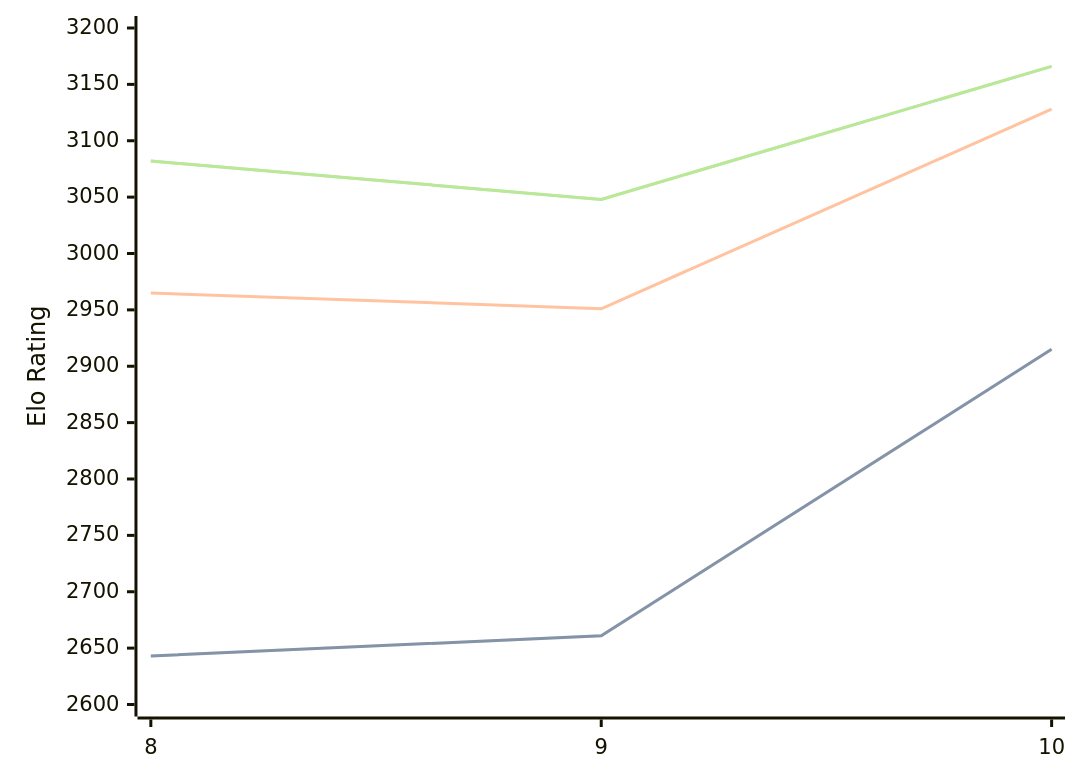
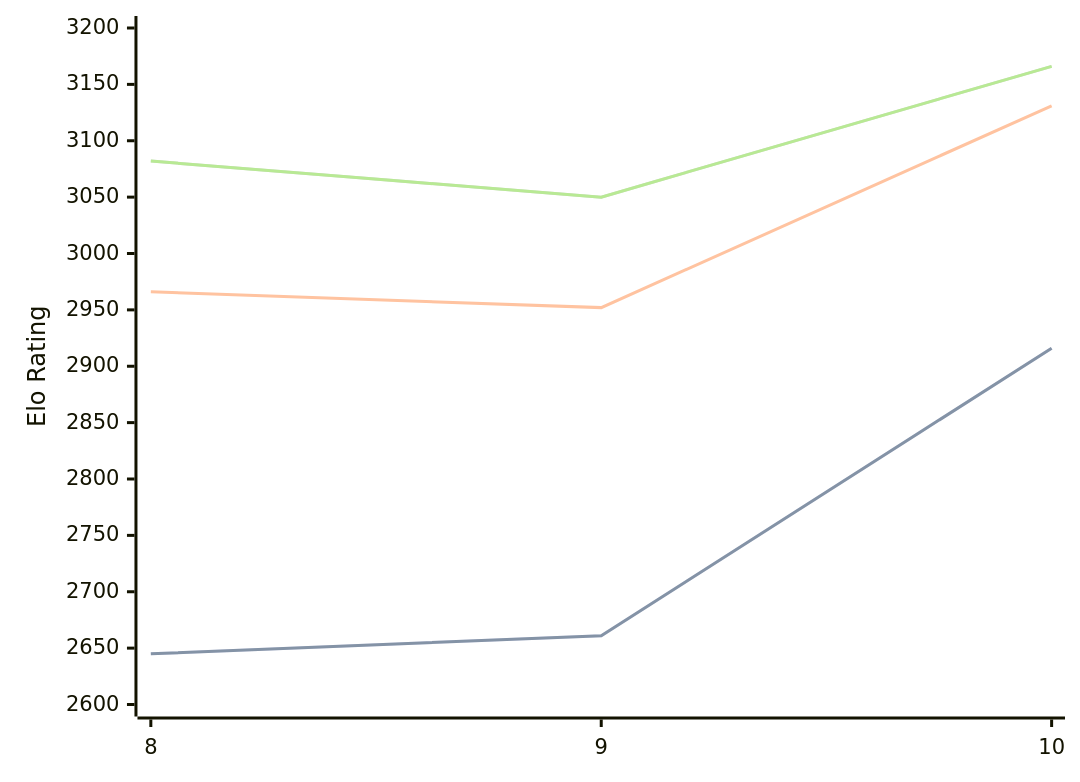
Before and after one commit to computer-chess-index/cci: the diagram in engines/Lozza.md, drawn with Mermaid. The commit also changed other lines of this file, not shown here.

Commit message:
Update CCI Ratings (ELO VLTC) - 2026-05-14

````diff
--- a/engines/Lozza.md
+++ b/engines/Lozza.md
@@ -41,11 +41,11 @@
 ```mermaid
 %%{init: {"theme":"base","themeVariables":{"seriesColors:['#a3a3a3','#222221','#faa371']}}}%%
 xychart-beta
   x-axis ["8", "9", "10"]
   y-axis "Elo Rating" 2600 --> 3200
-  line "STC (8.0+0.08s)" [2643, 2661, 2915]
-  line "STC (8.0+0.08s)" [2643, 2661, 2915]
-  line "LTC (60.0+0.60s)" [2965, 2951, 3128]
-  line "VLTC (2m24s+1.12s)" [3082, 3048, 3166]
-  line "VLTC (2m24s+1.12s)" [3082, 3048, 3166]
+  line "STC (8.0+0.08s)" [2645, 2661, 2916]
+  line "STC (8.0+0.08s)" [2645, 2661, 2916]
+  line "LTC (60.0+0.60s)" [2966, 2952, 3131]
+  line "VLTC (2m24s+1.12s)" [3082, 3050, 3166]
+  line "VLTC (2m24s+1.12s)" [3082, 3050, 3166]
 ```
````
